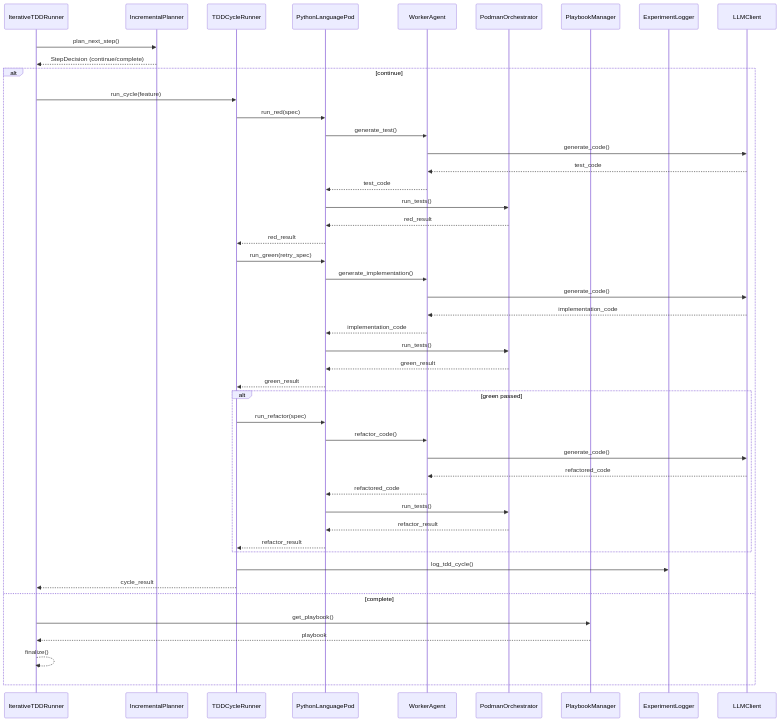
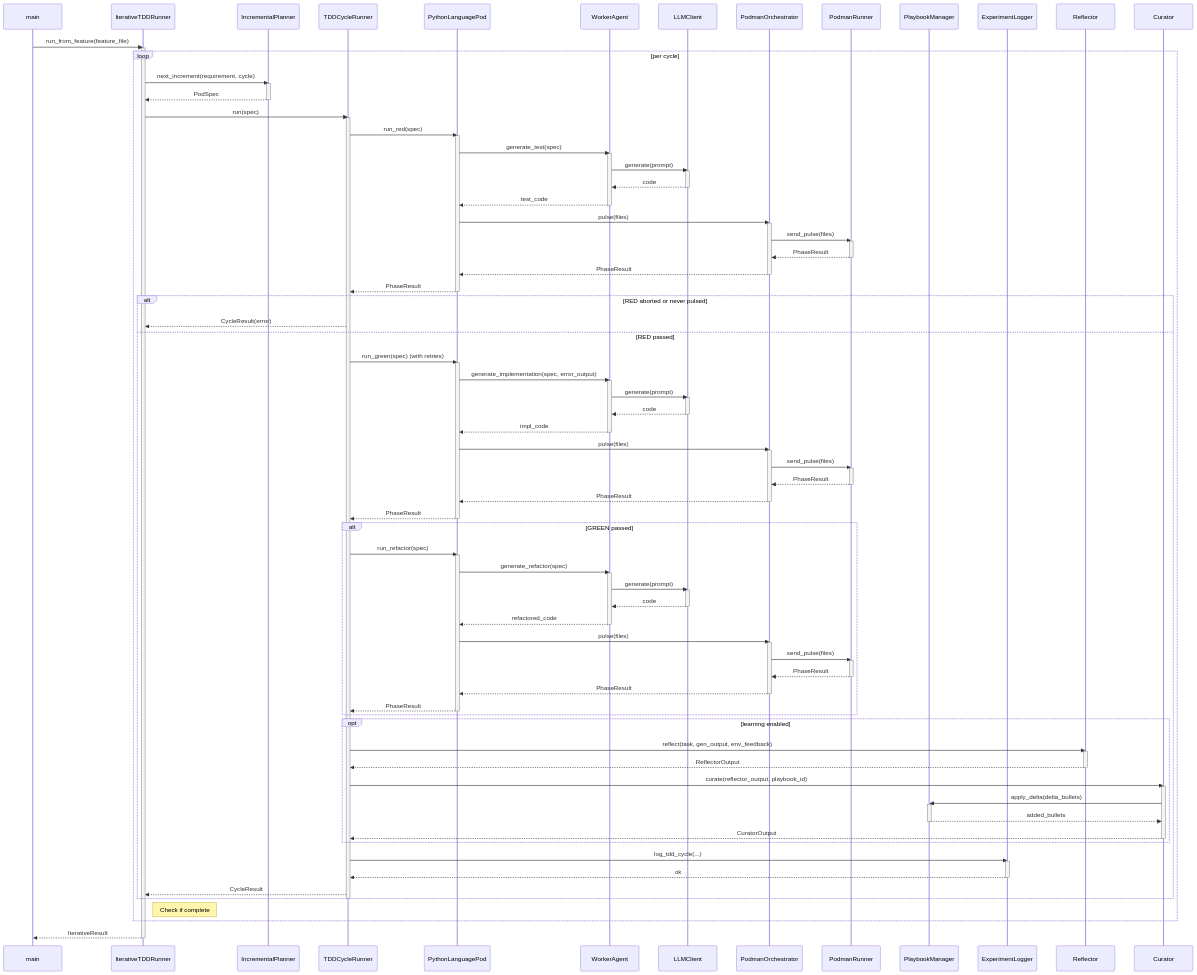
One commit to carlhuxley/ace_enterprise changed the diagram in docs/SYSTEM_ARCHITECTURE.md. Above: the diagram before and after it, drawn with Mermaid. The commit also changed other lines of this file and 3 other files, not shown here.

First line of the commit message:
Track per-module build status so --resume can tell failed from passed (closes #52)

````diff
--- a/docs/SYSTEM_ARCHITECTURE.md
+++ b/docs/SYSTEM_ARCHITECTURE.md
@@ -37,50 +43,116 @@
 ```mermaid
 sequenceDiagram
+    participant Main as main
     participant Runner as IterativeTDDRunner
     participant Planner as IncrementalPlanner
     participant Cycle as TDDCycleRunner
     participant Pod as PythonLanguagePod
     participant Worker as WorkerAgent
+    participant LLM as LLMClient
     participant Orch as PodmanOrchestrator
-    participant PM as PlaybookManager
-    participant Logger as ExperimentLogger
-    participant LLM as LLMClient
+    participant Cont as PodmanRunner
+    participant PB as PlaybookManager
+    participant Log as ExperimentLogger
+    participant Refl as Reflector
+    participant Cur as Curator
 
-    Runner->>Planner: plan_next_step()
-    Planner-->>Runner: StepDecision (continue/complete)
-    alt continue
-        Runner->>Cycle: run_cycle(feature)
+    Main->>Runner: run_from_feature(feature_file)
+    activate Runner
+    loop per cycle
+        Runner->>Planner: next_increment(requirement, cycle)
+        activate Planner
+        Planner-->>Runner: PodSpec
+        deactivate Planner
+        Runner->>Cycle: run(spec)
+        activate Cycle
         Cycle->>Pod: run_red(spec)
-        Pod->>Worker: generate_test()
-        Worker->>LLM: generate_code()
-        LLM-->>Worker: test_code
+        activate Pod
+        Pod->>Worker: generate_test(spec)
+        activate Worker
+        Worker->>LLM: generate(prompt)
+        activate LLM
+        LLM-->>Worker: code
+        deactivate LLM
         Worker-->>Pod: test_code
-        Pod->>Orch: run_tests()
-        Orch-->>Pod: red_result
-        Pod-->>Cycle: red_result
-        Cycle->>Pod: run_green(retry_spec)
-        Pod->>Worker: generate_implementation()
-        Worker->>LLM: generate_code()
-        LLM-->>Worker: implementation_code
-        Worker-->>Pod: implementation_code
-        Pod->>Orch: run_tests()
-        Orch-->>Pod: green_result
-        Pod-->>Cycle: green_result
-        alt green passed
-            Cycle->>Pod: run_refactor(spec)
-            Pod->>Worker: refactor_code()
-            Worker->>LLM: generate_code()
-            LLM-->>Worker: refactored_code
-            Worker-->>Pod: refactored_code
-            Pod->>Orch: run_tests()
-            Orch-->>Pod: refactor_result
-            Pod-->>Cycle: refactor_result
+        deactivate Worker
+        Pod->>Orch: pulse(files)
+        activate Orch
+        Orch->>Cont: send_pulse(files)
+        activate Cont
+        Cont-->>Orch: PhaseResult
+        deactivate Cont
+        Orch-->>Pod: PhaseResult
+        deactivate Orch
+        Pod-->>Cycle: PhaseResult
+        deactivate Pod
+        alt RED aborted or never pulsed
+            Cycle-->>Runner: CycleResult(error)
+        else RED passed
+            Cycle->>Pod: run_green(spec) (with retries)
+            activate Pod
+            Pod->>Worker: generate_implementation(spec, error_output)
+            activate Worker
+            Worker->>LLM: generate(prompt)
+            activate LLM
+            LLM-->>Worker: code
+            deactivate LLM
+            Worker-->>Pod: impl_code
+            deactivate Worker
+            Pod->>Orch: pulse(files)
+            activate Orch
+            Orch->>Cont: send_pulse(files)
+            activate Cont
+            Cont-->>Orch: PhaseResult
+            deactivate Cont
+            Orch-->>Pod: PhaseResult
+            deactivate Orch
+            Pod-->>Cycle: PhaseResult
+            deactivate Pod
+            alt GREEN passed
+                Cycle->>Pod: run_refactor(spec)
+                activate Pod
+                Pod->>Worker: generate_refactor(spec)
+                activate Worker
+                Worker->>LLM: generate(prompt)
+                activate LLM
+                LLM-->>Worker: code
+                deactivate LLM
+                Worker-->>Pod: refactored_code
+                deactivate Worker
+                Pod->>Orch: pulse(files)
+                activate Orch
+                Orch->>Cont: send_pulse(files)
+                activate Cont
+                Cont-->>Orch: PhaseResult
+                deactivate Cont
+                Orch-->>Pod: PhaseResult
+                deactivate Orch
+                Pod-->>Cycle: PhaseResult
+                deactivate Pod
+            end
+            opt learning enabled
+                Cycle->>Refl: reflect(task, gen_output, env_feedback)
+                activate Refl
+                Refl-->>Cycle: ReflectorOutput
+                deactivate Refl
+                Cycle->>Cur: curate(reflector_output, playbook_id)
+                activate Cur
+                Cur->>PB: apply_delta(delta_bullets)
+                activate PB
+                PB-->>Cur: added_bullets
+                deactivate PB
+                Cur-->>Cycle: CuratorOutput
+                deactivate Cur
+            end
+            Cycle->>Log: log_tdd_cycle(...)
+            activate Log
+            Log-->>Cycle: ok
+            deactivate Log
+            Cycle-->>Runner: CycleResult
         end
-        Cycle->>Logger: log_tdd_cycle()
-        Cycle-->>Runner: cycle_result
-    else complete
-        Runner->>PM: get_playbook()
-        PM-->>Runner: playbook
-        Runner-->>Runner: finalize()
+        deactivate Cycle
+        Note right of Runner: Check if complete
     end
+    Runner-->>Main: IterativeResult
+    deactivate Runner
 ```
````
